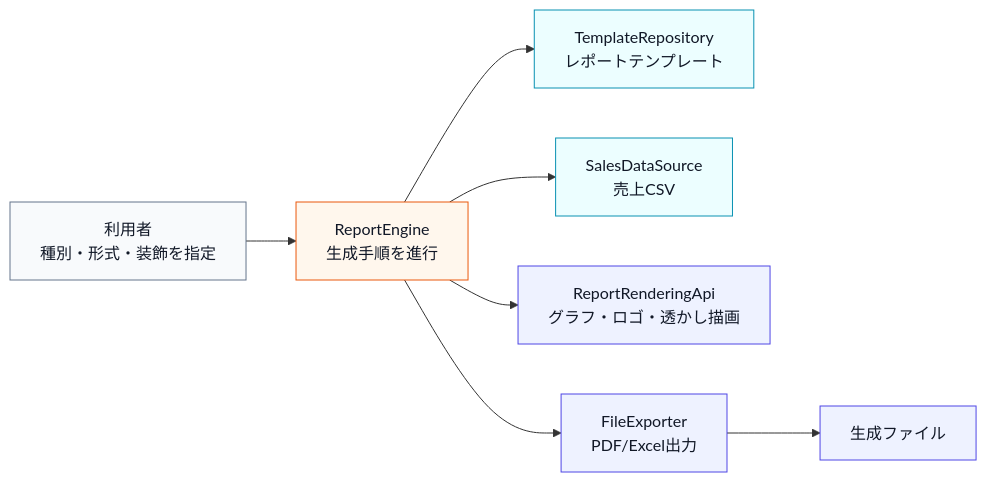
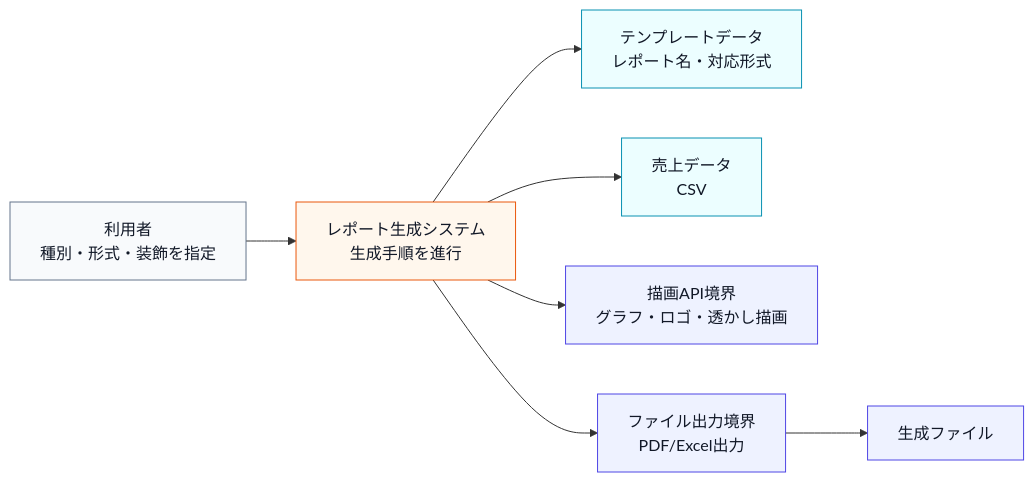
Before and after one commit to kumachan1101-pixel/DesignPattern: the first of 12 diagrams in kindle/design-patterns/output/chapter11.md, drawn with Mermaid. The commit also changed other lines of this file and 14 other files, not shown here.

Commit message:
全章の仕様図と変更対象外基盤を整合

````diff
--- a/kindle/design-patterns/output/chapter11.md
+++ b/kindle/design-patterns/output/chapter11.md
@@ -48,18 +48,18 @@
 ```mermaid
 flowchart LR
-    U["利用者<br>種別・形式・装飾を指定"] --> E["ReportEngine<br>生成手順を進行"]
-    E --> T["TemplateRepository<br>レポートテンプレート"]
-    E --> D["SalesDataSource<br>売上CSV"]
-    E --> R["ReportRenderingApi<br>グラフ・ロゴ・透かし描画"]
-    E --> F["FileExporter<br>PDF/Excel出力"]
+    U["利用者<br>種別・形式・装飾を指定"] --> E["レポート生成システム<br>生成手順を進行"]
+    E --> T["テンプレートデータ<br>レポート名・対応形式"]
+    E --> D["売上データ<br>CSV"]
+    E --> R["描画API境界<br>グラフ・ロゴ・透かし描画"]
+    E --> F["ファイル出力境界<br>PDF/Excel出力"]
     F --> O["生成ファイル"]
 
     classDef actor fill:#f8fafc,stroke:#64748b,color:#111827;
     classDef data fill:#ecfeff,stroke:#0891b2,color:#111827;
     classDef process fill:#fff7ed,stroke:#ea580c,color:#111827;
     classDef boundary fill:#eef2ff,stroke:#4f46e5,color:#111827;
     class U actor;
     class T,D data;
     class E process;
     class R,F,O boundary;
 ```
````
